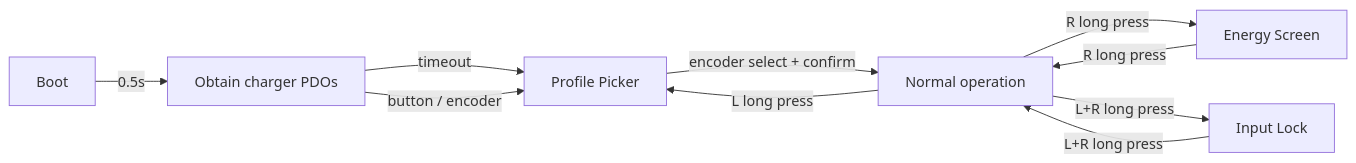
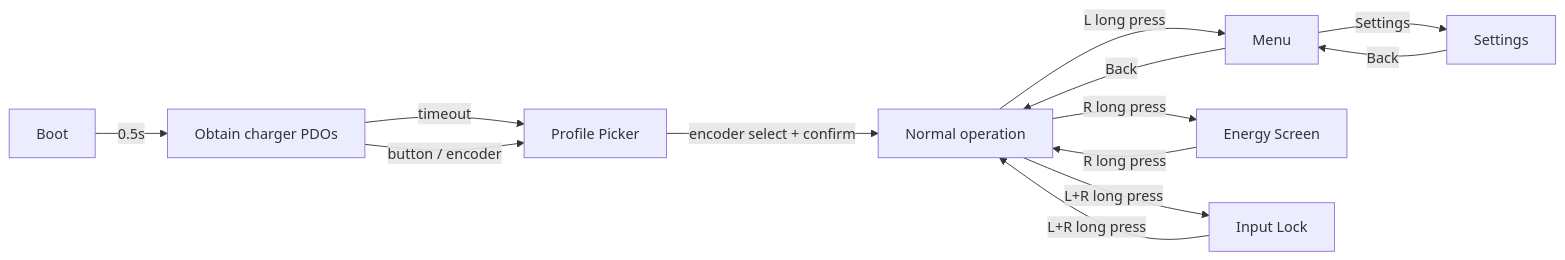
The diagram in README.md (leonardpitzu/PocketPD), drawn with Mermaid before and after one commit. The commit also changed other lines of this file and 2 other files, not shown here.

````diff
--- a/README.md
+++ b/README.md
@@ -34,12 +36,15 @@
 ```mermaid
 flowchart LR
     A[Boot] --> |0.5s|B[Obtain charger PDOs]
     B --> |timeout|C[Profile Picker]
     C --> |encoder select + confirm|D[Normal operation]
     B --> |button / encoder|C
-    D --> |L long press|C
-    D --> |R long press|E[Energy Screen]
-    E --> |R long press|D
+    D --> |L long press|E[Menu]
+    E --> |Settings|F[Settings]
+    E --> |Back|D
+    F --> |Back|E
+    D --> |R long press|G[Energy Screen]
+    G --> |R long press|D
     D --> |L+R long press|D_lock[Input Lock]
     D_lock --> |L+R long press|D
 ```
````
